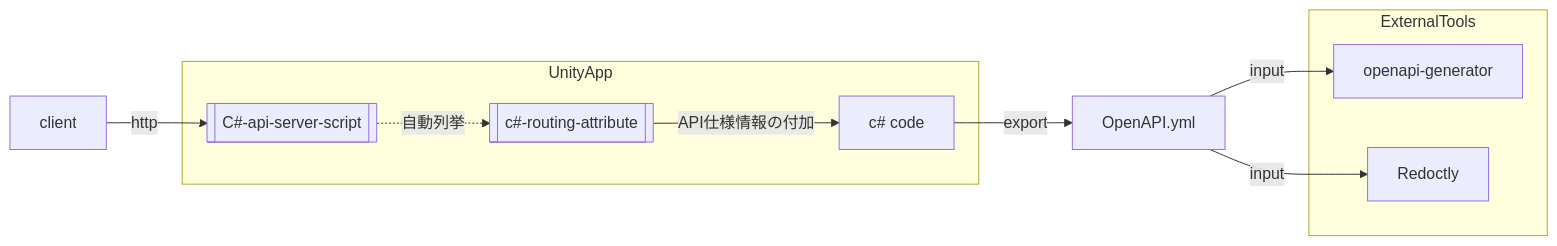
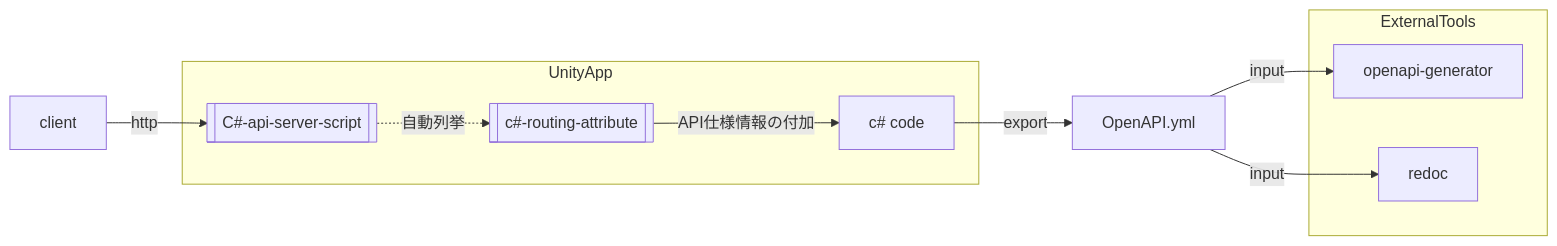
One commit to uisawara/usimplehttpserver changed the diagram in README.md. Above: the diagram before and after it, drawn with Mermaid.

Commit message:
Update README.md
fix typo

````diff
--- a/README.md
+++ b/README.md
@@ -16,22 +16,22 @@
 ```mermaid
 graph LR
 
 subgraph UnityApp
 s
 c
 svr
 end
 
 s[[c#-routing-attribute]] -->|API仕様情報の付加| c[c# code] -->|export| o[OpenAPI.yml]
 o -->|input| og[openapi-generator]
-o -->|input| rd[Redoctly]
+o -->|input| rd[redoc]
 
 svr[[C#-api-server-script]] -.->|自動列挙| s
 
 client -->|http| svr
 
 subgraph ExternalTools
 og
 rd
 end
 ```
````
